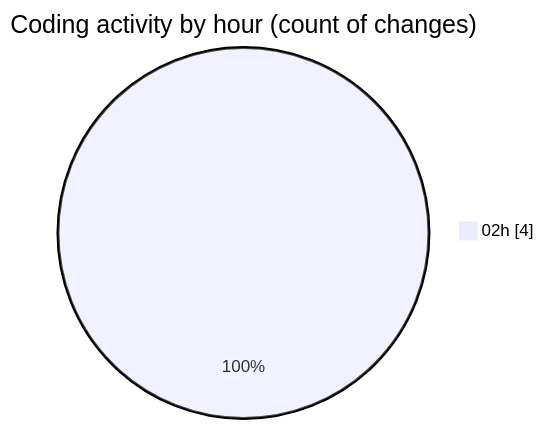
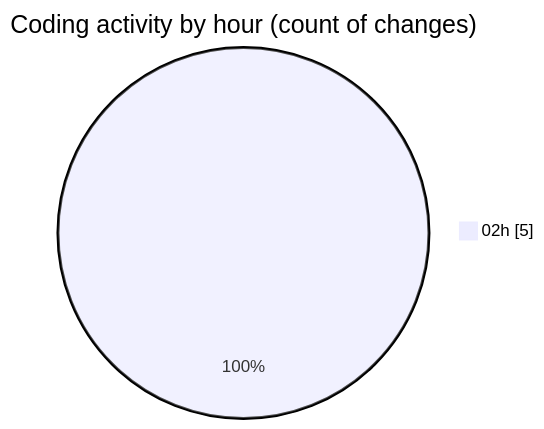
Before and after one commit to JenPaints/code-tracking: the second of 2 diagrams in 2025-05-29/kimberly-groups/README.md, drawn with Mermaid. The commit also changed other lines of this file and 1 other file, not shown here.

````diff
--- a/2025-05-29/kimberly-groups/README.md
+++ b/2025-05-29/kimberly-groups/README.md
@@ -28,5 +29,5 @@
 ```mermaid
 pie showData
 title Coding activity by hour (count of changes)
-"02h" : 4
+"02h" : 5
 ```
````
